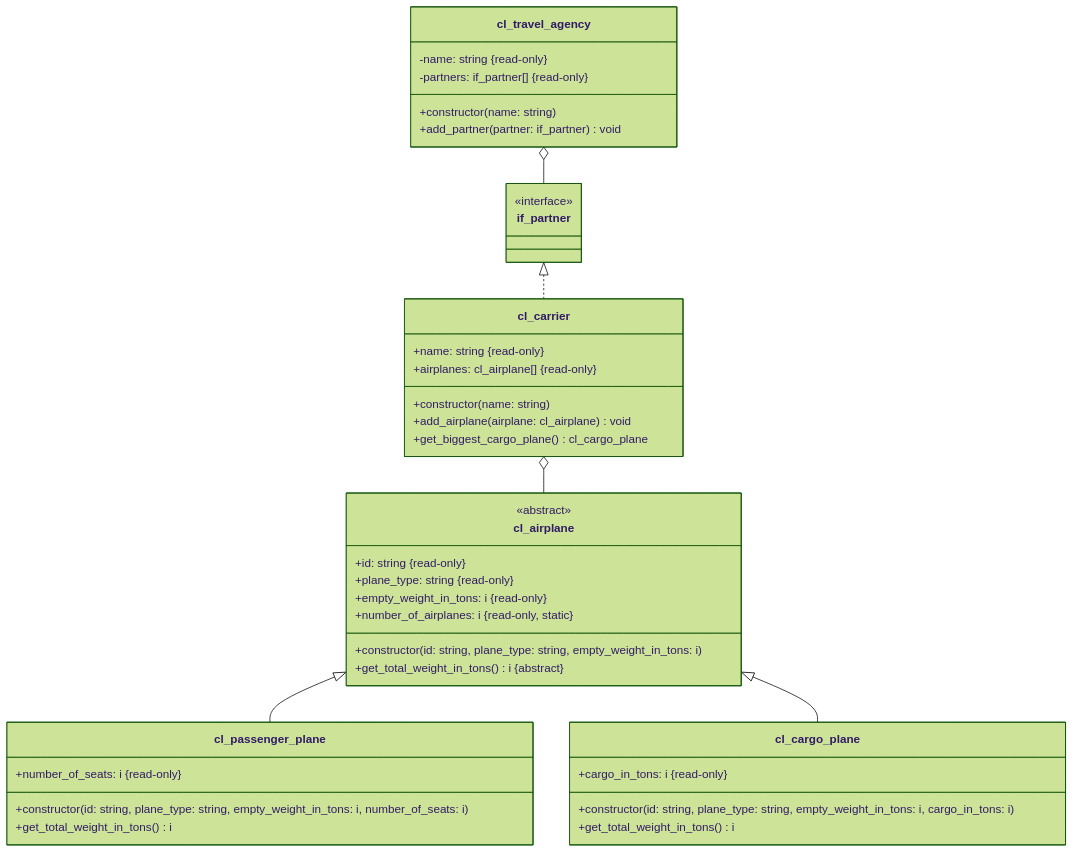
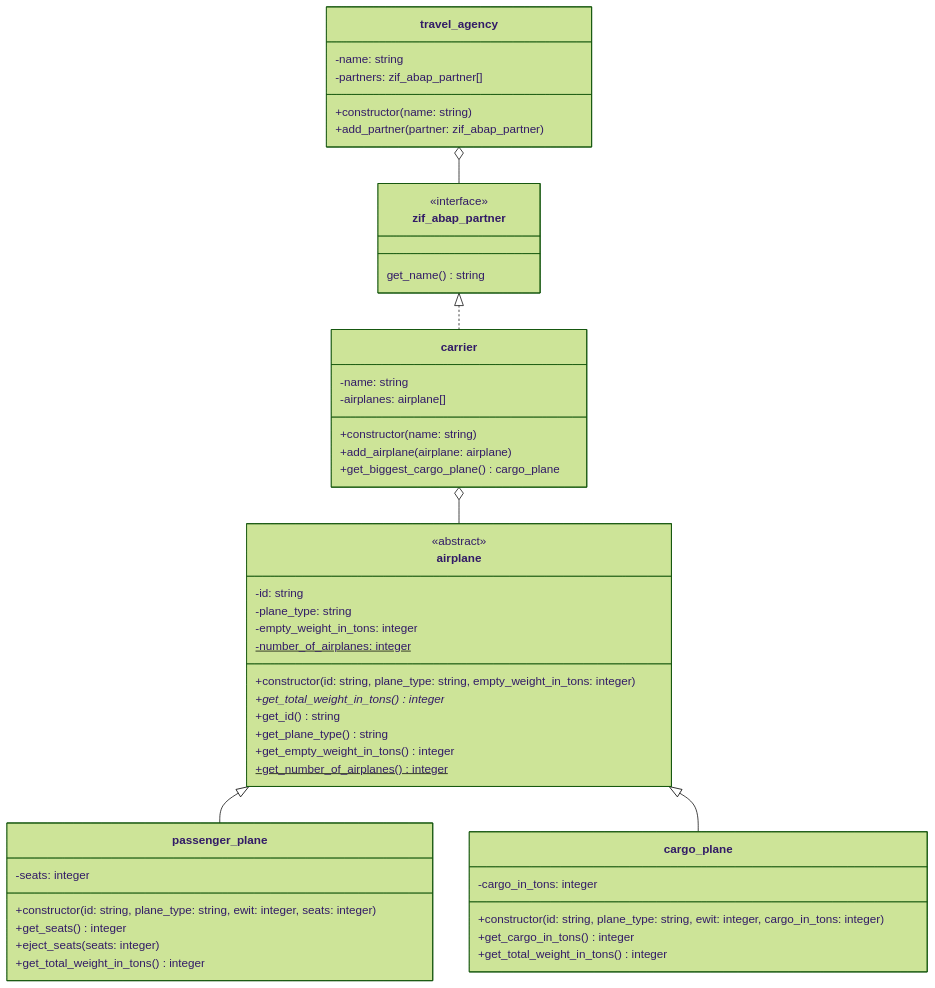
The diagram in docs/exercises/abap-objects/abap-objects-09.md (appenmaier/s4hana), drawn with Mermaid (forest theme) before and after one commit. The commit also changed other lines of this file and 7 other files, not shown here.

````diff
--- a/docs/exercises/abap-objects/abap-objects-09.md
+++ b/docs/exercises/abap-objects/abap-objects-09.md
@@ -20,49 +12,57 @@
 ```mermaid
 classDiagram
-   cl_carrier o-- cl_airplane
-   cl_airplane <|-- cl_passenger_plane
-   cl_airplane <|-- cl_cargo_plane
-   if_partner <|.. cl_carrier
-   cl_travel_agency o-- if_partner
+   carrier o-- airplane
+   airplane <|-- passenger_plane
+   airplane <|-- cargo_plane
+   zif_abap_partner <|.. carrier
+   travel_agency o-- zif_abap_partner
 
-   class cl_airplane {
+   class airplane {
       <<abstract>>
-      +id: string &#123read-only&#125
-      +plane_type: string &#123read-only&#125
-      +empty_weight_in_tons: i &#123read-only&#125
-      +number_of_airplanes: i &#123read-only, static&#125
-      +constructor(id: string, plane_type: string, empty_weight_in_tons: i)
-      +get_total_weight_in_tons() i &#123abstract&#125
+      -id: string
+      -plane_type: string
+      -empty_weight_in_tons: integer
+      -number_of_airplanes: integer$
+      +constructor(id: string, plane_type: string, empty_weight_in_tons: integer)
+      +get_total_weight_in_tons() integer*
+      +get_id() string
+      +get_plane_type() string
+      +get_empty_weight_in_tons() integer
+      +get_number_of_airplanes() integer$
    }
 
-   class cl_passenger_plane {
-      +number_of_seats: i &#123read-only&#125
-      +constructor(id: string, plane_type: string, empty_weight_in_tons: i, number_of_seats: i)
-      +get_total_weight_in_tons() i
+   class passenger_plane {
+      -seats: integer
+      +constructor(id: string, plane_type: string, ewit: integer, seats: integer)
+      +get_seats() integer
+      +eject_seats(seats: integer)
+      +get_total_weight_in_tons() integer
    }
 
-   class cl_cargo_plane {
-      +cargo_in_tons: i &#123read-only&#125
-      +constructor(id: string, plane_type: string, empty_weight_in_tons: i, cargo_in_tons: i)
-      +get_total_weight_in_tons() i
+   class cargo_plane {
+      -cargo_in_tons: integer
+      +constructor(id: string, plane_type: string, ewit: integer, cargo_in_tons: integer)
+      +get_cargo_in_tons() integer
+      +get_total_weight_in_tons() integer
    }
 
-   class cl_carrier {
-      +name: string &#123read-only&#125
-      +airplanes: cl_airplane[] &#123read-only&#125
+   class carrier {
+      -name: string
+      -airplanes: airplane[]
       +constructor(name: string)
-      +add_airplane(airplane: cl_airplane) void
-      +get_biggest_cargo_plane() cl_cargo_plane
+      +add_airplane(airplane: airplane)
+      +get_biggest_cargo_plane() cargo_plane
    }
 
-   class if_partner {
+   class zif_abap_partner {
       <<interface>>
+      get_name() string
    }
 
-   class cl_travel_agency {
-      -name: string &#123read-only&#125
-      -partners: if_partner[] &#123read-only&#125
+   class travel_agency {
+      -name: string
+      -partners: zif_abap_partner[]
       +constructor(name: string)
-      +add_partner(partner: if_partner) void
+      +add_partner(partner: zif_abap_partner)
    }
 ```
````
